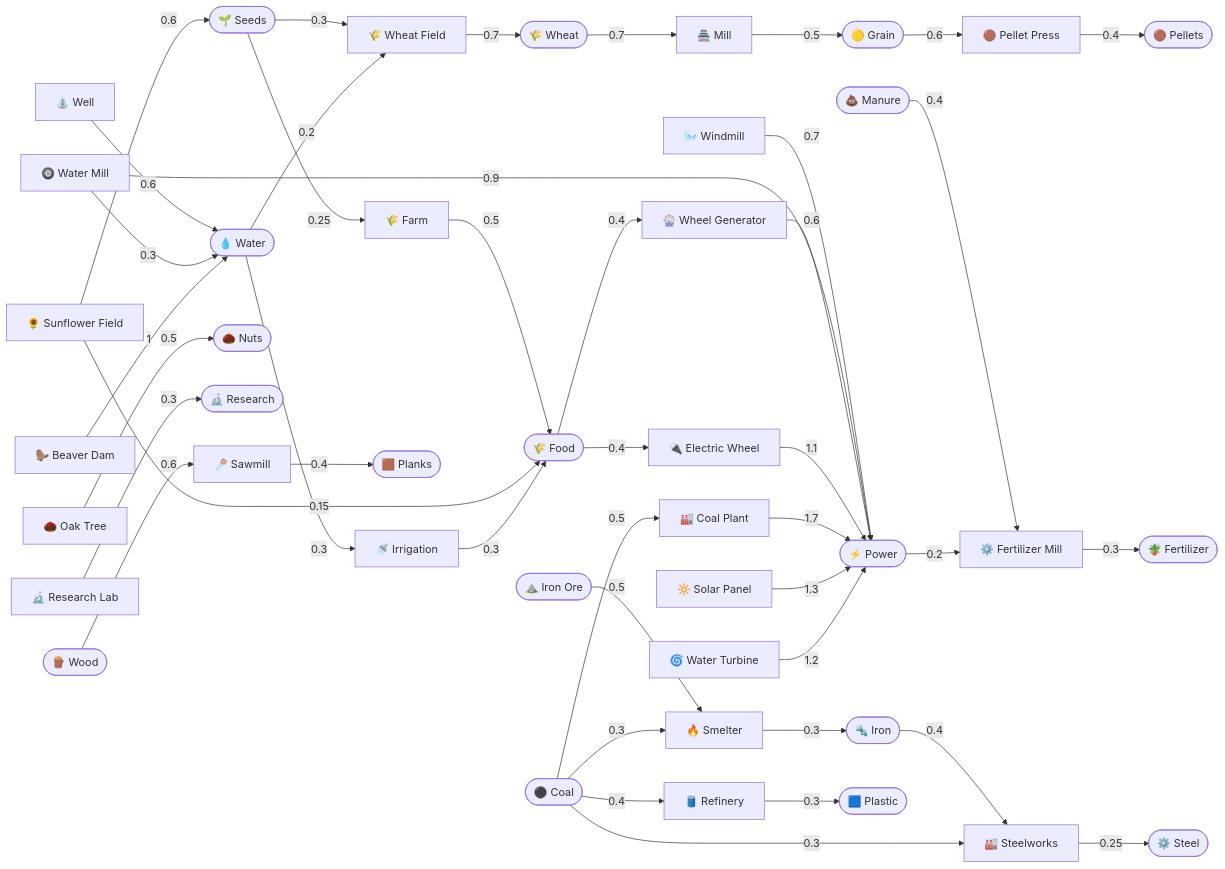
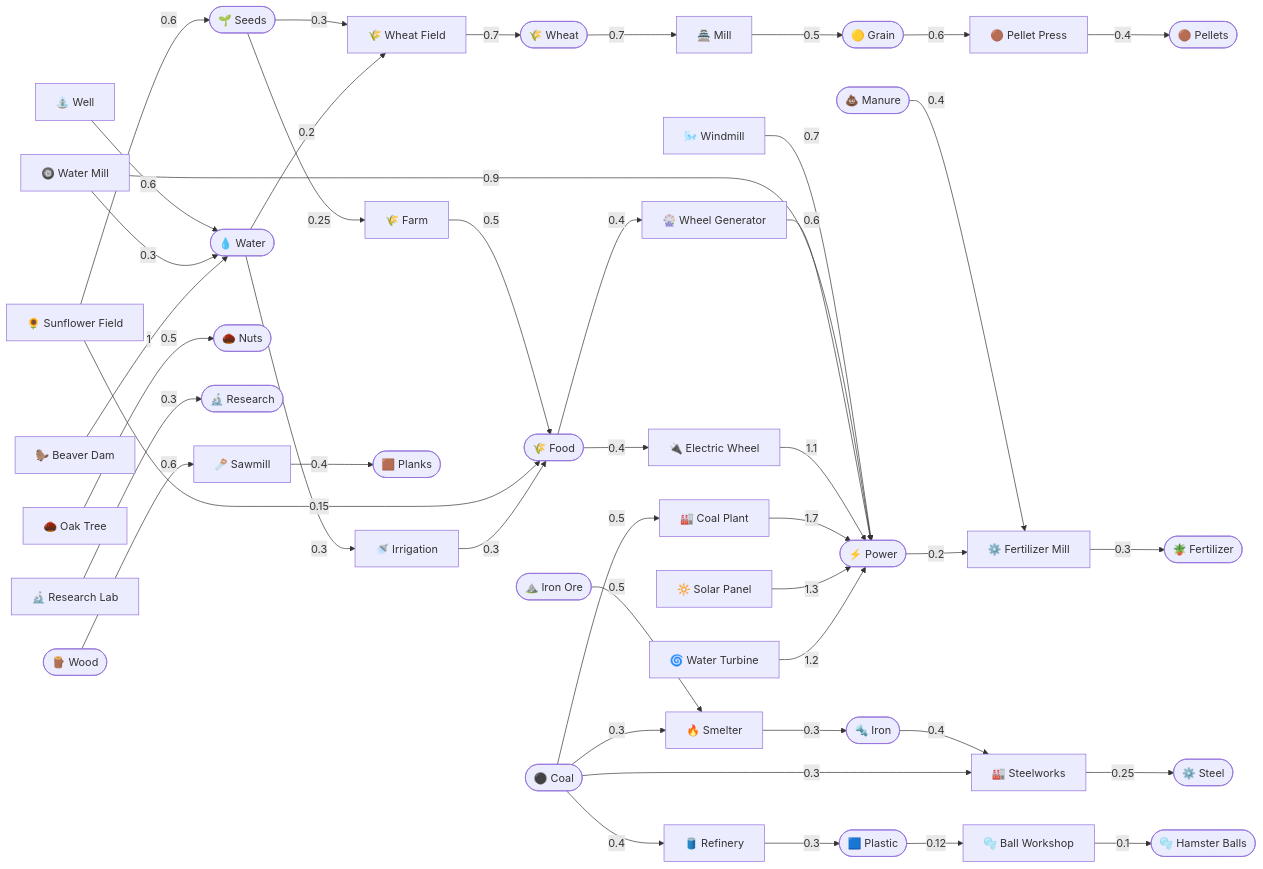
The first of 3 diagrams in SYSTEMS.md (newellnarco/neuroster-), drawn with Mermaid before and after one commit. The commit also changed other lines of this file and 6 other files, not shown here.

First line of the commit message:
Hamster balls: roll safe from predators, joy → anxiety → pop-out / heat death

```diff
--- a/SYSTEMS.md
+++ b/SYSTEMS.md
@@ -27,6 +27,7 @@
   B_windmill["🌬️ Windmill"]
   B_watermill["🛞 Water Mill"]
   B_fertilizerplant["⚙️ Fertilizer Mill"]
+  B_ballworkshop["🫧 Ball Workshop"]
   B_sawmill["🪚 Sawmill"]
   B_smelter["🔥 Smelter"]
   B_steelworks["🏭 Steelworks"]
@@ -49,13 +50,14 @@
   R_power(["⚡ Power"])
   R_manure(["💩 Manure"])
   R_fertilizer(["🪴 Fertilizer"])
+  R_plastic(["🟦 Plastic"])
+  R_balls(["🫧 Hamster Balls"])
   R_wood(["🪵 Wood"])
   R_planks(["🟫 Planks"])
   R_ironore(["⛰️ Iron Ore"])
   R_coal(["⚫ Coal"])
   R_iron(["🔩 Iron"])
   R_steel(["⚙️ Steel"])
-  R_plastic(["🟦 Plastic"])
   R_research(["🔬 Research"])
   R_seeds -->|0.25| B_farm
   B_farm -->|0.5| R_food
@@ -76,6 +78,8 @@
   R_manure -->|0.4| B_fertilizerplant
   R_power -->|0.2| B_fertilizerplant
   B_fertilizerplant -->|0.3| R_fertilizer
+  R_plastic -->|0.12| B_ballworkshop
+  B_ballworkshop -->|0.1| R_balls
   R_wood -->|0.6| B_sawmill
   B_sawmill -->|0.4| R_planks
   R_ironore -->|0.5| B_smelter
```
